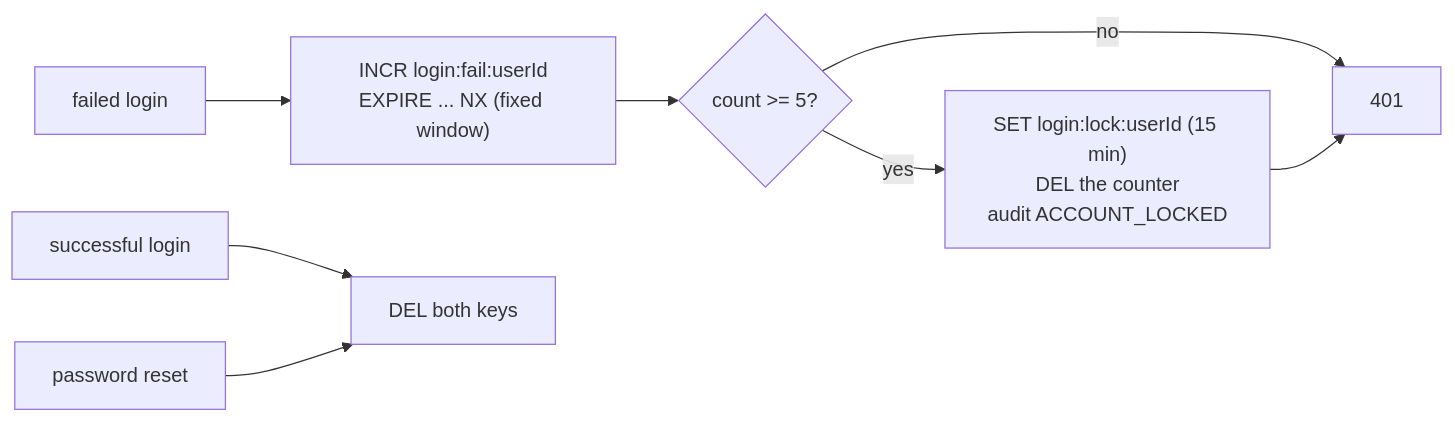
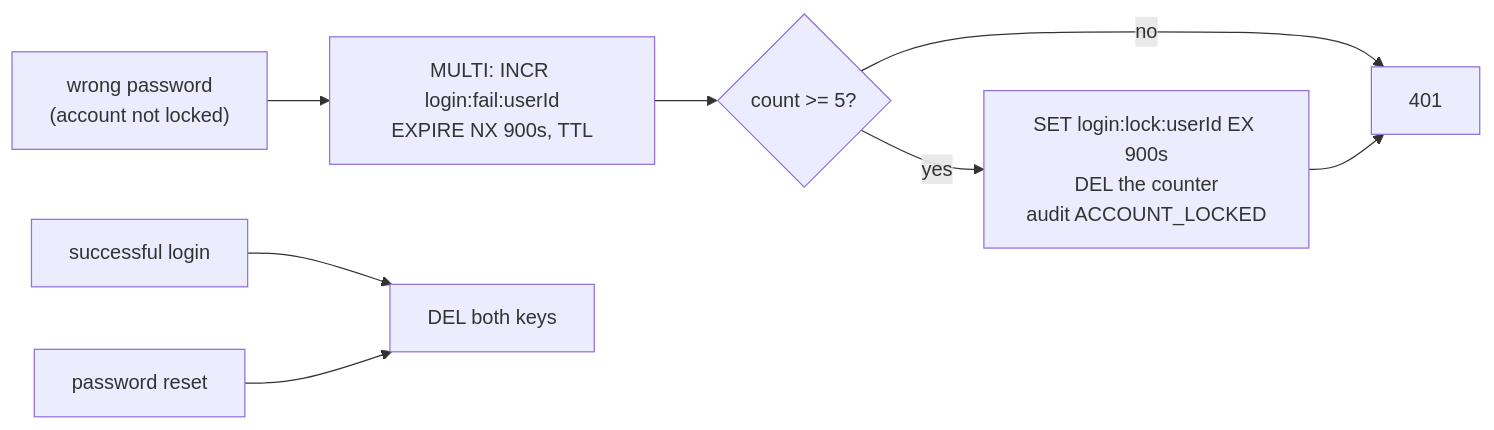
The fourth of 4 diagrams in docs/modules/auth/flows.md (sufyan-devs/init-server-nodejs), drawn with Mermaid before and after one commit. The commit also changed other lines of this file and 136 other files, not shown here.

````diff
--- a/docs/modules/auth/flows.md
+++ b/docs/modules/auth/flows.md
@@ -141,10 +255,10 @@
 ```mermaid
 flowchart LR
-  F["failed login"] --> I["INCR login:fail:userId<br/>EXPIRE ... NX (fixed window)"]
+  F["wrong password<br/>(account not locked)"] --> I["MULTI: INCR login:fail:userId<br/>EXPIRE NX 900s, TTL"]
   I --> C{"count >= 5?"}
   C -- no --> W["401"]
-  C -- yes --> L["SET login:lock:userId (15 min)<br/>DEL the counter<br/>audit ACCOUNT_LOCKED"]
+  C -- yes --> L["SET login:lock:userId EX 900s<br/>DEL the counter<br/>audit ACCOUNT_LOCKED"]
   L --> W
   S["successful login"] --> X["DEL both keys"]
   PR["password reset"] --> X
 ```
````
